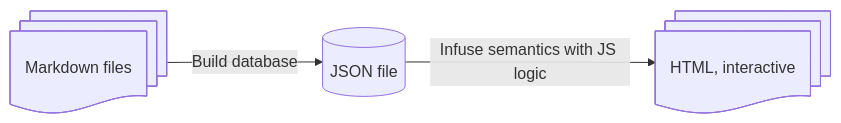
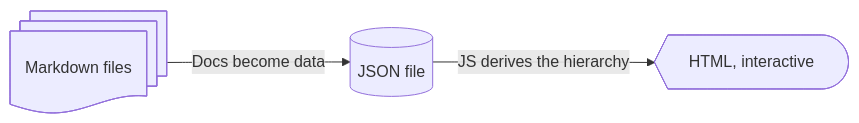
Before and after one commit to AninditaBasu/roots-and-branches: the diagram in README.md, drawn with Mermaid. The commit also changed other lines of this file, not shown here.

````diff
--- a/README.md
+++ b/README.md
@@ -57,5 +57,5 @@
 ```mermaid
 flowchart LR
-    A@{ shape: docs, label: "Markdown files"} --> |Build database| B@{ shape: db, label: "JSON file"}
-    B --> |Infuse semantics with JS logic|C@{ shape: docs, label: "HTML, interactive"}
+    A@{ shape: docs, label: "Markdown files"} --> |Docs become data| B@{ shape: db, label: "JSON file"}
+    B --> |JS derives the hierarchy|C@{ shape: curv-trap, label: "HTML, interactive"}
 ```
````
